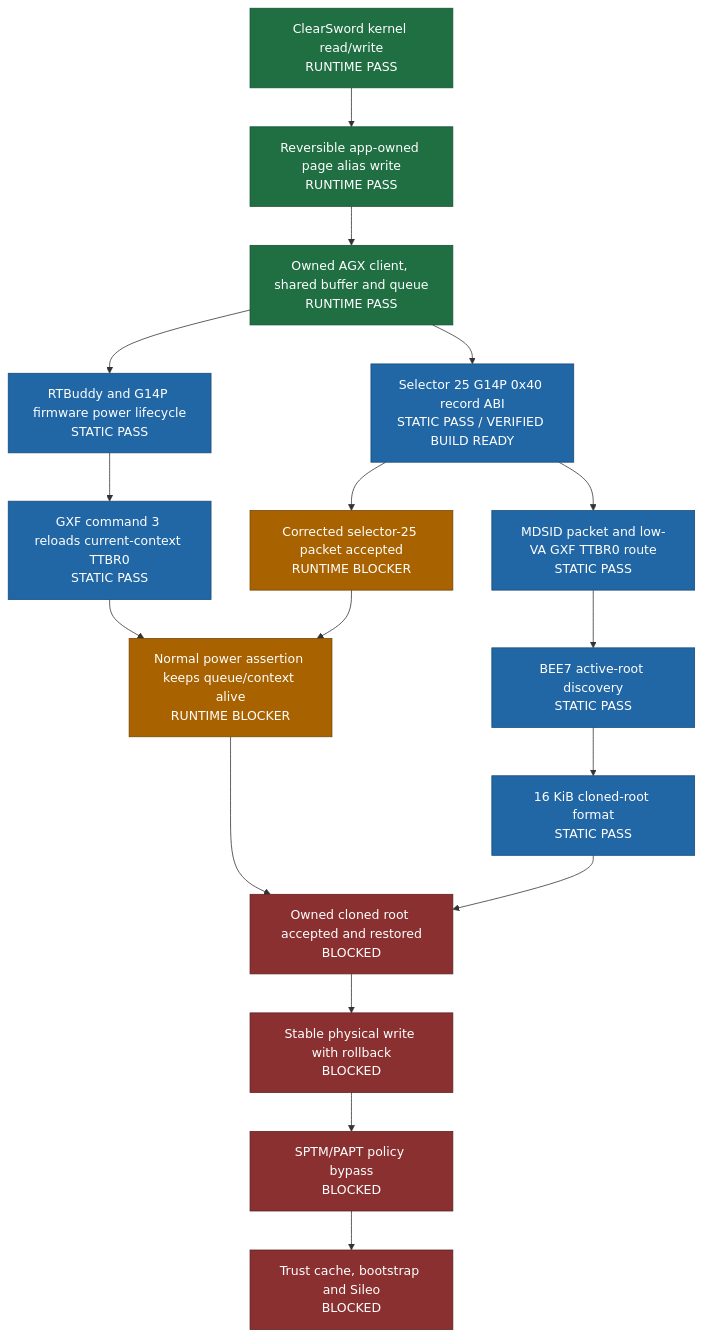
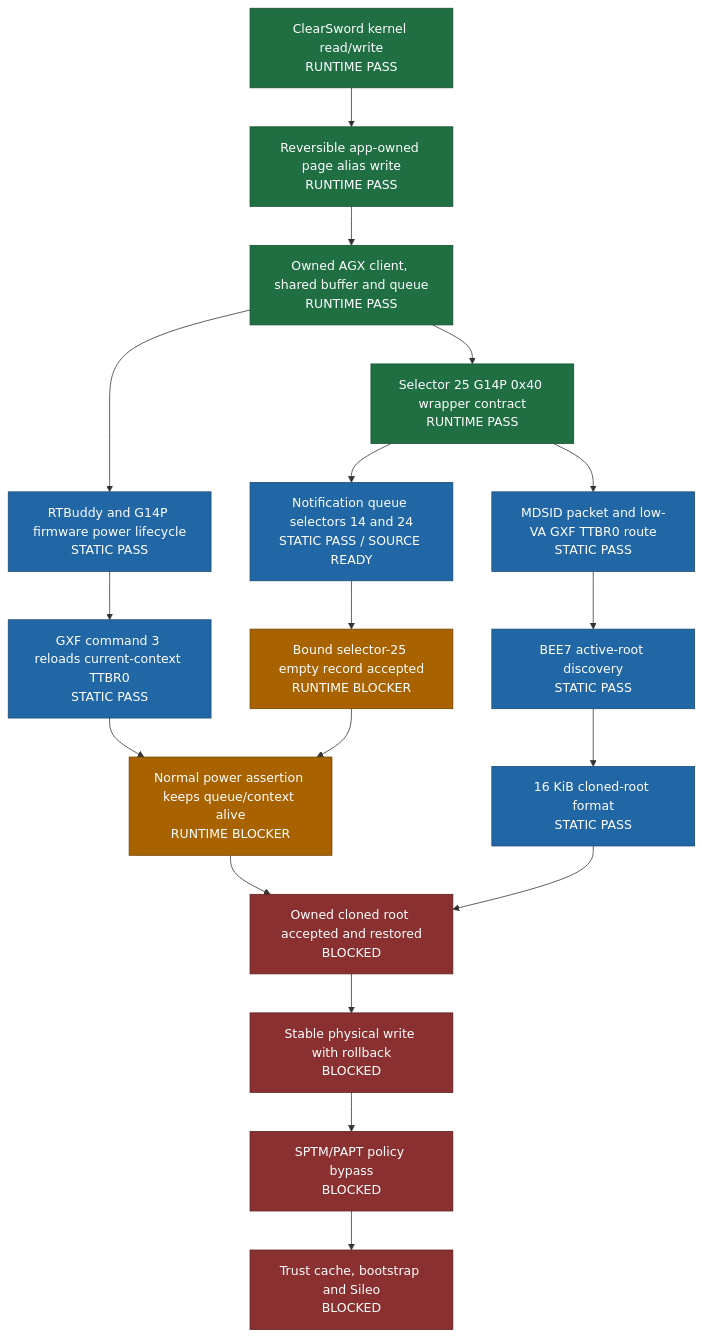
Before and after one commit to Philiphall6/Dopamine-private: the diagram in README.md, drawn with Mermaid. The commit also changed other lines of this file and 18 other files, not shown here.

Commit message:
Bind AGX notification queue before bounded submit

````diff
--- a/README.md
+++ b/README.md
@@ -22,33 +22,35 @@
 ```mermaid
 flowchart TD
     A[ClearSword kernel read/write<br/>RUNTIME PASS]
     B[Reversible app-owned page alias write<br/>RUNTIME PASS]
     C[Owned AGX client, shared buffer and queue<br/>RUNTIME PASS]
-    D[Selector 25 G14P 0x40 record ABI<br/>STATIC PASS / VERIFIED BUILD READY]
-    E[MDSID packet and low-VA GXF TTBR0 route<br/>STATIC PASS]
+    D[Selector 25 G14P 0x40 wrapper contract<br/>RUNTIME PASS]
+    E[Notification queue selectors 14 and 24<br/>STATIC PASS / SOURCE READY]
+    P[MDSID packet and low-VA GXF TTBR0 route<br/>STATIC PASS]
     F[BEE7 active-root discovery<br/>STATIC PASS]
     G[16 KiB cloned-root format<br/>STATIC PASS]
     H[RTBuddy and G14P firmware power lifecycle<br/>STATIC PASS]
     I[GXF command 3 reloads current-context TTBR0<br/>STATIC PASS]
-    J[Corrected selector-25 packet accepted<br/>RUNTIME BLOCKER]
+    J[Bound selector-25 empty record accepted<br/>RUNTIME BLOCKER]
     K[Normal power assertion keeps queue/context alive<br/>RUNTIME BLOCKER]
     L[Owned cloned root accepted and restored<br/>BLOCKED]
     M[Stable physical write with rollback<br/>BLOCKED]
     N[SPTM/PAPT policy bypass<br/>BLOCKED]
     O[Trust cache, bootstrap and Sileo<br/>BLOCKED]
 
-    A --> B --> C --> D --> J
+    A --> B --> C --> D --> E --> J
     C --> H --> I --> K
-    D --> E --> F --> G
+    D --> P --> F --> G
     J --> K --> L --> M --> N --> O
     G --> L
 
     classDef runtime fill:#1f6f43,color:#fff,stroke:#164f31
     classDef static fill:#2166a5,color:#fff,stroke:#174a78
     classDef pending fill:#a86200,color:#fff,stroke:#744400
     classDef blocked fill:#8a3030,color:#fff,stroke:#5e2020
     class A,B,C runtime
-    class D,E,F,G,H,I static
+    class D runtime
+    class E,P,F,G,H,I static
     class J,K pending
     class L,M,N,O blocked
 ```
````
